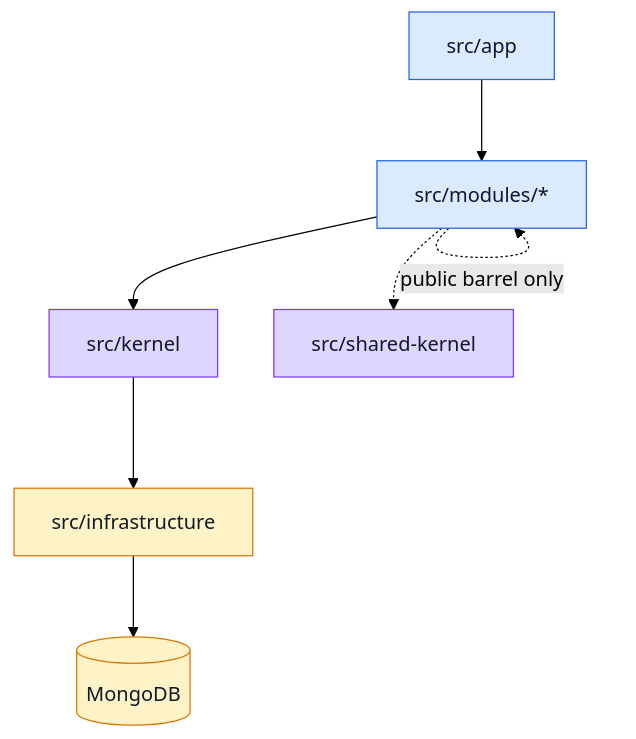
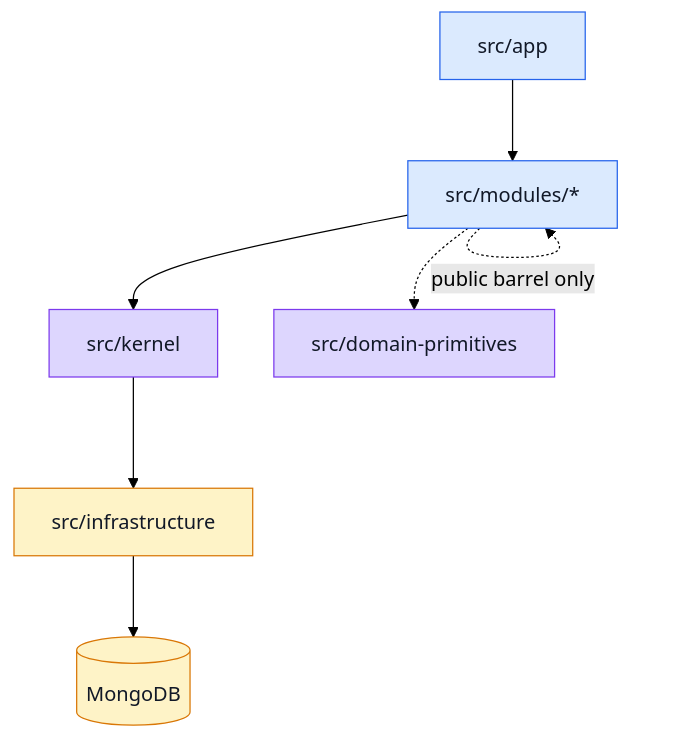
Before and after one commit to Guebbit/boilerplate-node-backend: the first of 3 diagrams in docs/theory/layers.md, drawn with Mermaid (forest theme). The commit also changed other lines of this file and 63 other files, not shown here.

First line of the commit message:
refactor(domain-primitives): rename the shared-kernel tier and take DAY_MS in as its second file

````diff
--- a/docs/theory/layers.md
+++ b/docs/theory/layers.md
@@ -15,19 +15,19 @@
 ```mermaid
 %%{init: {'flowchart': {'nodeSpacing': 45, 'rankSpacing': 65}}}%%
 flowchart TD
     A[src/app] --> M[src/modules/*]
     M --> P[src/kernel]
     P --> C[src/infrastructure]
-    M -.-> SK[src/shared-kernel]
+    M -.-> SK[src/domain-primitives]
     C --> DB[(MongoDB)]
     M -.->|public barrel only| M
 
     classDef domain fill:#dbeafe,stroke:#2563eb,color:#111827;
     classDef plat fill:#ddd6fe,stroke:#7c3aed,color:#111827;
     classDef base fill:#fef3c7,stroke:#d97706,color:#111827;
     class A domain;
     class M domain;
     class P plat;
     class C,DB base;
     class SK plat;
 ```
````
